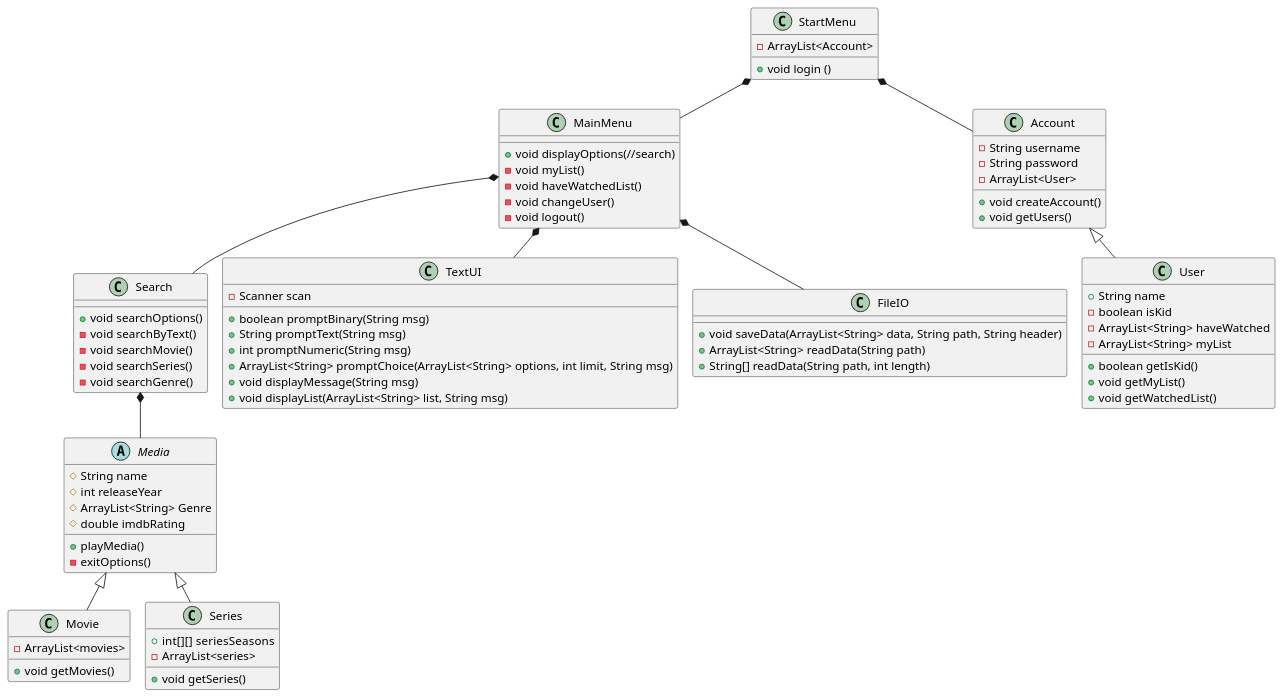
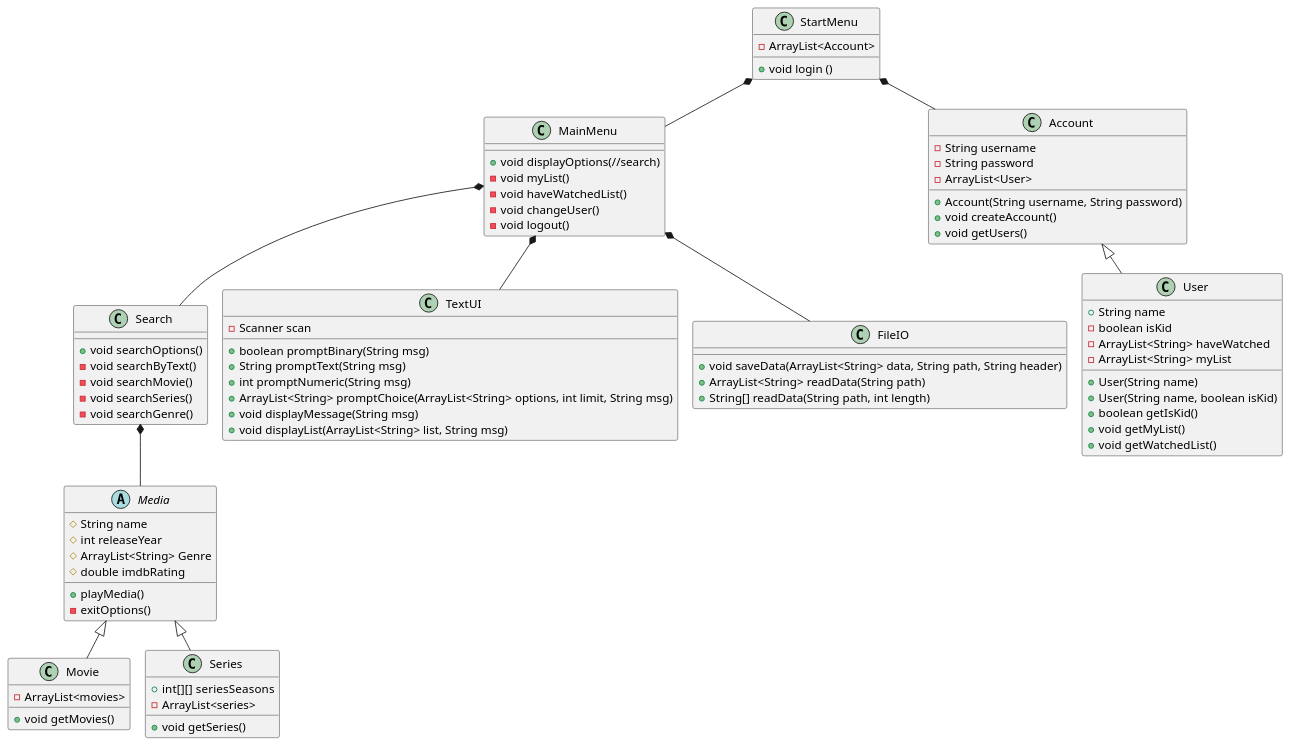
Before and after one commit to JesperTAndersen/SP3: the diagram in doc/plan/klassediagram.puml, drawn with PlantUML. The commit also changed 1 other file, not shown here.

Commit message:
User class

```diff
--- a/doc/plan/klassediagram.puml
+++ b/doc/plan/klassediagram.puml
@@ -1,95 +1,98 @@
 @startuml
 !pragma layout smetana
 'https://plantuml.com/class-diagram
 
 class StartMenu {
 - ArrayList<Account>
 + void login ()
 
 }
 class MainMenu {
 + void displayOptions(//search)
 - void myList()
 - void haveWatchedList()
 - void changeUser()
 - void logout()
 }
 
 class Account {
 - String username
 - String password
 - ArrayList<User>
 
++ Account(String username, String password)
 + void createAccount()
 + void getUsers()
 }
 
 class User {
 + String name
 - boolean isKid
 - ArrayList<String> haveWatched
 - ArrayList<String> myList
++ User(String name)
++ User(String name, boolean isKid)
 + boolean getIsKid()
 + void getMyList()
 + void getWatchedList()
 }
 
 
 
 
 abstract class Media {
 # String name
 # int releaseYear
 # ArrayList<String> Genre
 # double imdbRating
 + playMedia()
 - exitOptions()
 
 }
 class Movie {
 - ArrayList<movies>
 + void getMovies()
 }
 class Series{
 + int[][]  seriesSeasons
 - ArrayList<series>
 + void getSeries()
 }
 class Search{
 +void searchOptions()
 - void searchByText()
 - void searchMovie()
 - void searchSeries()
 - void searchGenre()
 }
 class TextUI {
 - Scanner scan
 + boolean promptBinary(String msg)
 + String promptText(String msg)
 + int promptNumeric(String msg)
 + ArrayList<String> promptChoice(ArrayList<String> options, int limit, String msg)
 + void displayMessage(String msg)
 + void displayList(ArrayList<String> list, String msg)
 }
 class FileIO{
 + void saveData(ArrayList<String> data, String path, String header)
 + ArrayList<String> readData(String path)
 + String[] readData(String path, int length)
 }
 
 
 StartMenu *-- Account
 Account <|-- User
 StartMenu *-- MainMenu
 MainMenu *-- Search
 Search *-- Media
 Media <|-- Movie
 Media <|-- Series
 
 MainMenu *-- FileIO
 MainMenu *-- TextUI
 
 
 }
 
 @enduml
```
